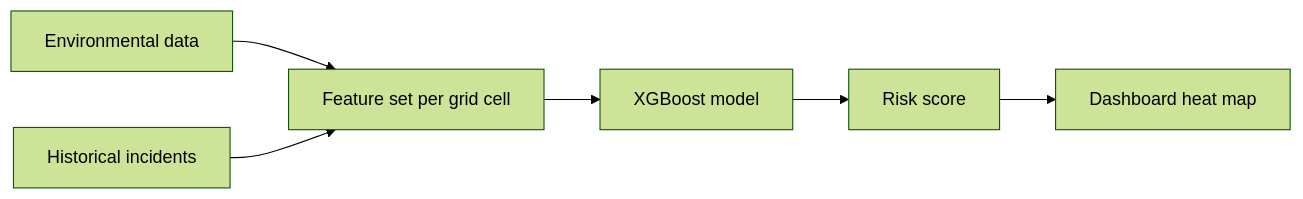
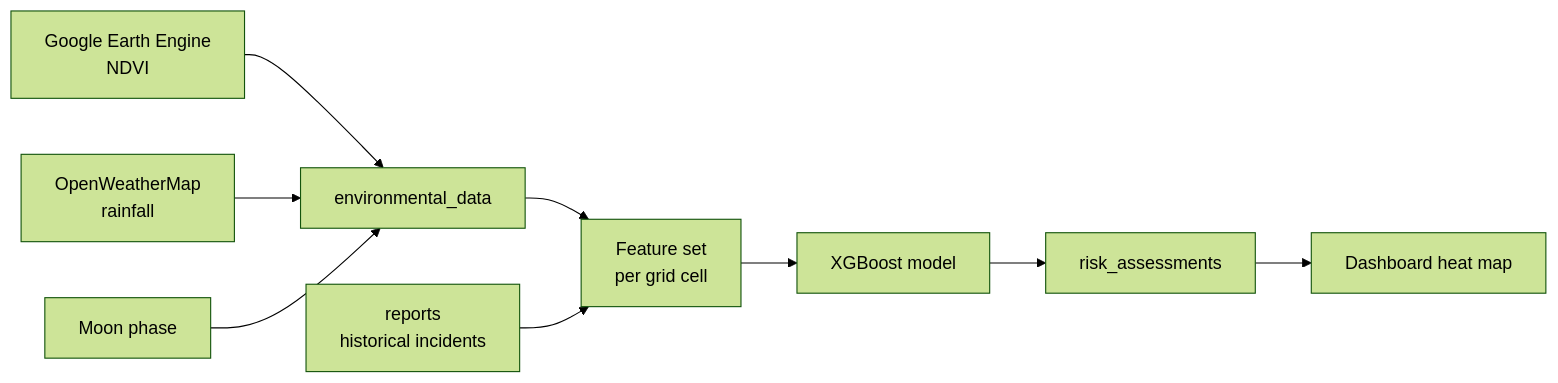
One commit to akirachix/CompilHER_Technical_Documentation changed the diagram in docs/ai.md. Above: the diagram before and after it, drawn with Mermaid (forest theme). The commit also changed other lines of this file and 4 other files, not shown here.

Commit message:
Updated AI, Architecture, and Overview Pages (#11)

````diff
--- a/docs/ai.md
+++ b/docs/ai.md
@@ -31,8 +141,11 @@
 ```mermaid
 flowchart LR
-    A[Environmental data] --> C[Feature set per grid cell]
-    B[Historical incidents] --> C
-    C --> D[XGBoost model]
-    D --> E[Risk score]
-    E --> F[Dashboard heat map]
+    A[Google Earth Engine<br/>NDVI] --> D[environmental_data]
+    B[OpenWeatherMap<br/>rainfall] --> D
+    C[Moon phase] --> D
+    D --> E[Feature set<br/>per grid cell]
+    F[reports<br/>historical incidents] --> E
+    E --> G[XGBoost model]
+    G --> H[risk_assessments]
+    H --> I[Dashboard heat map]
 ```
````
